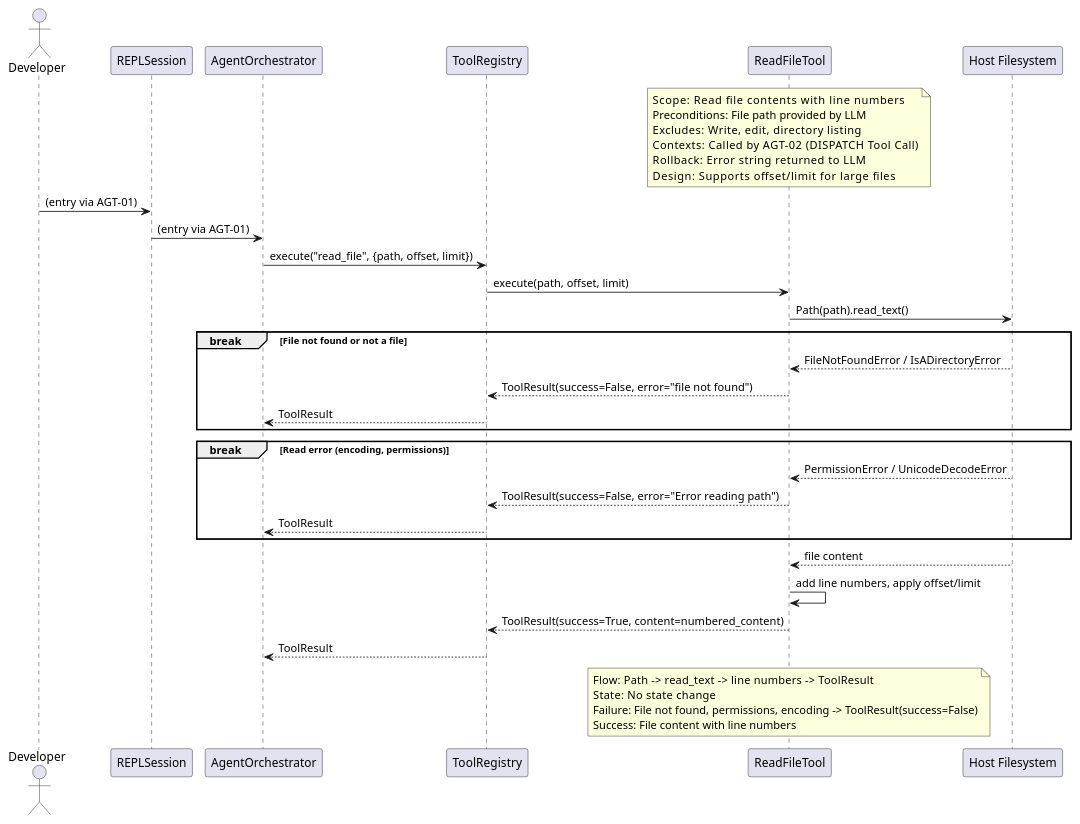
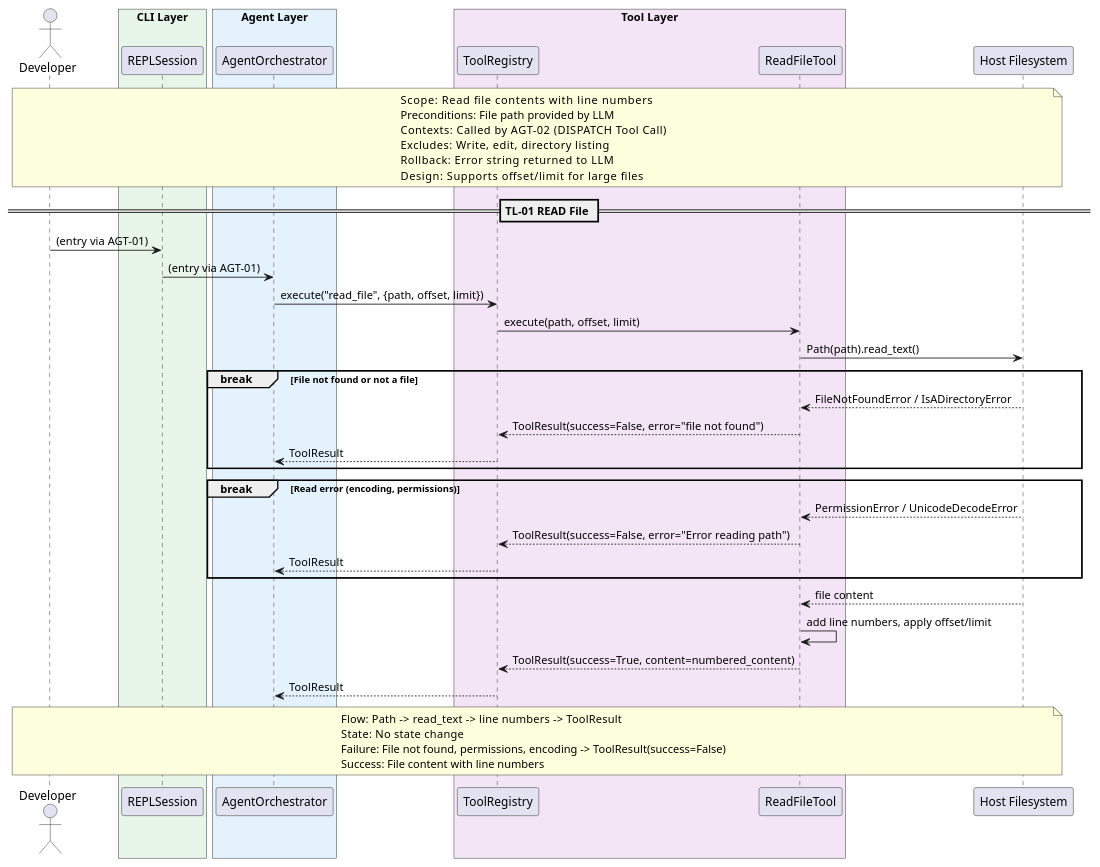
Before and after one commit to salimnamvar/nasim: the diagram in docs/sq/TL/sq_tl01_read_file.puml, drawn with PlantUML. The commit also changed 37 other files, not shown here.

First line of the commit message:
docs: Refactor and enhance SQ, CTX, LLM, PRV, SAF, SSN, and TL diagrams for clarity and consistency

```diff
--- a/docs/sq/TL/sq_tl01_read_file.puml
+++ b/docs/sq/TL/sq_tl01_read_file.puml
@@ -1,61 +1,67 @@
 @startuml sq_tl01_read_file
 ' ============================================================
 ' Title:     TL-01 — Read File
 ' Boundary:  nasim code agent CLI
 ' Purpose:   File read tool execution
 ' Milestone: v1.0
 ' Version:   2.0.0
 ' Source:    docs/audit/audit_2026-06-20_capability-and-architecture.md
 ' Review:    —
 ' ============================================================
 
 actor "Developer" as user
-participant "REPLSession" as repl
-participant "AgentOrchestrator" as agent
-participant "ToolRegistry" as registry
-participant "ReadFileTool" as ft
+
+box "CLI Layer" #E8F5E9
+  participant "REPLSession" as repl
+end box
+box "Agent Layer" #E3F2FD
+  participant "AgentOrchestrator" as agent
+end box
+box "Tool Layer" #F3E5F5
+  participant "ToolRegistry" as registry
+  participant "ReadFileTool" as ft
+end box
 participant "Host Filesystem" as fs
 
-box "Tool Layer" #F3E5F5
-end box
-
-note over ft
+note over user, fs
   Scope:          Read file contents with line numbers
   Preconditions:  File path provided by LLM
+  Contexts:       Called by AGT-02 (DISPATCH Tool Call)
   Excludes:       Write, edit, directory listing
-  Contexts:       Called by AGT-02 (DISPATCH Tool Call)
   Rollback:       Error string returned to LLM
   Design:         Supports offset/limit for large files
 end note
+
+== TL-01 READ File ==
 
 user -> repl : (entry via AGT-01)
 repl -> agent : (entry via AGT-01)
 agent -> registry : execute("read_file", {path, offset, limit})
 registry -> ft : execute(path, offset, limit)
 ft -> fs : Path(path).read_text()
 
 break File not found or not a file
     fs --> ft : FileNotFoundError / IsADirectoryError
     ft --> registry : ToolResult(success=False, error="file not found")
     registry --> agent : ToolResult
 end
 
 break Read error (encoding, permissions)
     fs --> ft : PermissionError / UnicodeDecodeError
     ft --> registry : ToolResult(success=False, error="Error reading path")
     registry --> agent : ToolResult
 end
 
 fs --> ft : file content
 ft -> ft : add line numbers, apply offset/limit
 ft --> registry : ToolResult(success=True, content=numbered_content)
 registry --> agent : ToolResult
 
-note over ft
+note over user, fs
   Flow:    Path -> read_text -> line numbers -> ToolResult
   State:   No state change
   Failure: File not found, permissions, encoding -> ToolResult(success=False)
   Success: File content with line numbers
 end note
 
 @enduml
```
